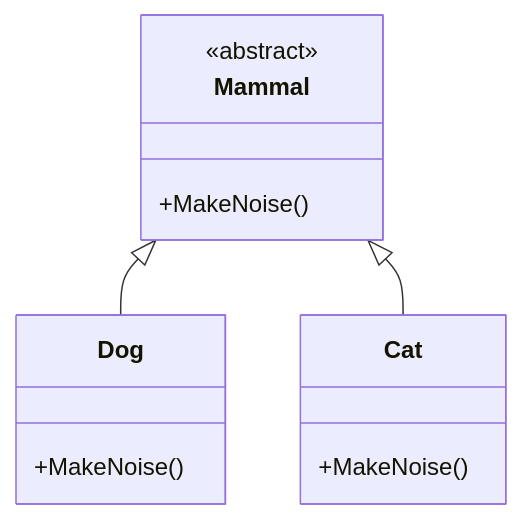
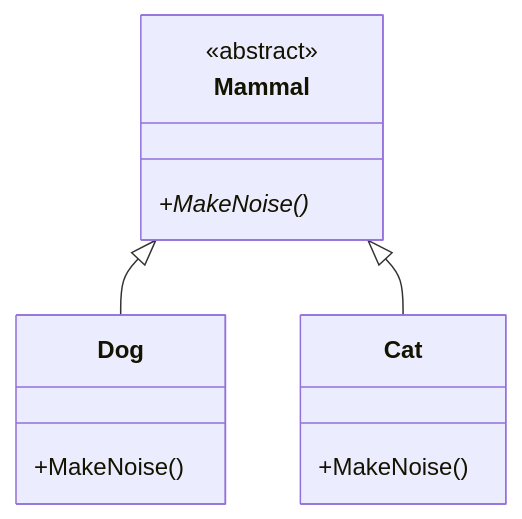
One commit to microsoft/Flash_University changed the first of 3 diagrams in OO_Thought_Process/Session 10 - SOLID Principles/notes/dependency-inversion-uml.md. Above: the diagram before and after it, drawn with Mermaid. The commit also changed other lines of this file and 2 other files, not shown here.

````diff
--- a/OO_Thought_Process/Session 10 - SOLID Principles/notes/dependency-inversion-uml.md
+++ b/OO_Thought_Process/Session 10 - SOLID Principles/notes/dependency-inversion-uml.md
@@ -17,17 +17,17 @@
 ```mermaid
 classDiagram
     class Mammal {
         <<abstract>>
-        +MakeNoise()
+        +MakeNoise()*
     }
 
     Mammal <|-- Dog
     class Dog {
         +MakeNoise()
     }
 
     Mammal <|-- Cat
     class Cat {
         +MakeNoise()
     }
 ```
````
